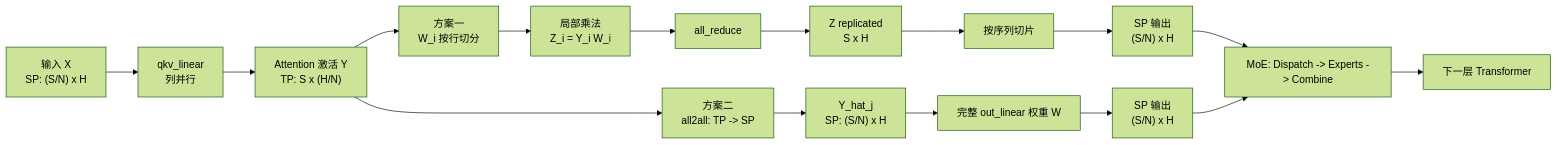
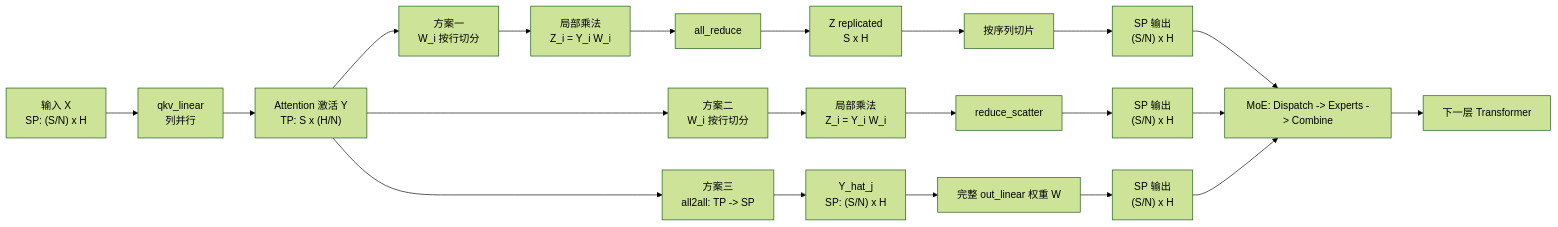
Before and after one commit to yuanlehome/blog: the first of 2 diagrams in src/content/blog/others/tp-sp-ep.md, drawn with Mermaid (forest theme). The commit also changed other lines of this file, not shown here.

````diff
--- a/src/content/blog/others/tp-sp-ep.md
+++ b/src/content/blog/others/tp-sp-ep.md
@@ -19,21 +19,27 @@
 ```mermaid
 flowchart LR
   X["输入 X<br/>SP: (S/N) x H"] --> QKV["qkv_linear<br/>列并行"]
   QKV --> Y["Attention 激活 Y<br/>TP: S x (H/N)"]
 
   Y --> P1W["方案一<br/>W_i 按行切分"]
   P1W --> P1MM["局部乘法<br/>Z_i = Y_i W_i"]
   P1MM --> P1AR["all_reduce"]
   P1AR --> P1Z["Z replicated<br/>S x H"]
   P1Z --> P1Slice["按序列切片"]
   P1Slice --> P1SP["SP 输出<br/>(S/N) x H"]
 
-  Y --> P2A2A["方案二<br/>all2all: TP -> SP"]
-  P2A2A --> P2Y["Y_hat_j<br/>SP: (S/N) x H"]
-  P2Y --> P2W["完整 out_linear 权重 W"]
-  P2W --> P2SP["SP 输出<br/>(S/N) x H"]
+  Y --> P2W["方案二<br/>W_i 按行切分"]
+  P2W --> P2MM["局部乘法<br/>Z_i = Y_i W_i"]
+  P2MM --> P2RS["reduce_scatter"]
+  P2RS --> P2SP["SP 输出<br/>(S/N) x H"]
+
+  Y --> P3A2A["方案三<br/>all2all: TP -> SP"]
+  P3A2A --> P3Y["Y_hat_j<br/>SP: (S/N) x H"]
+  P3Y --> P3W["完整 out_linear 权重 W"]
+  P3W --> P3SP["SP 输出<br/>(S/N) x H"]
 
   P1SP --> MoE["MoE: Dispatch -> Experts -> Combine"]
   P2SP --> MoE
+  P3SP --> MoE
   MoE --> Next["下一层 Transformer"]
 ```
````
